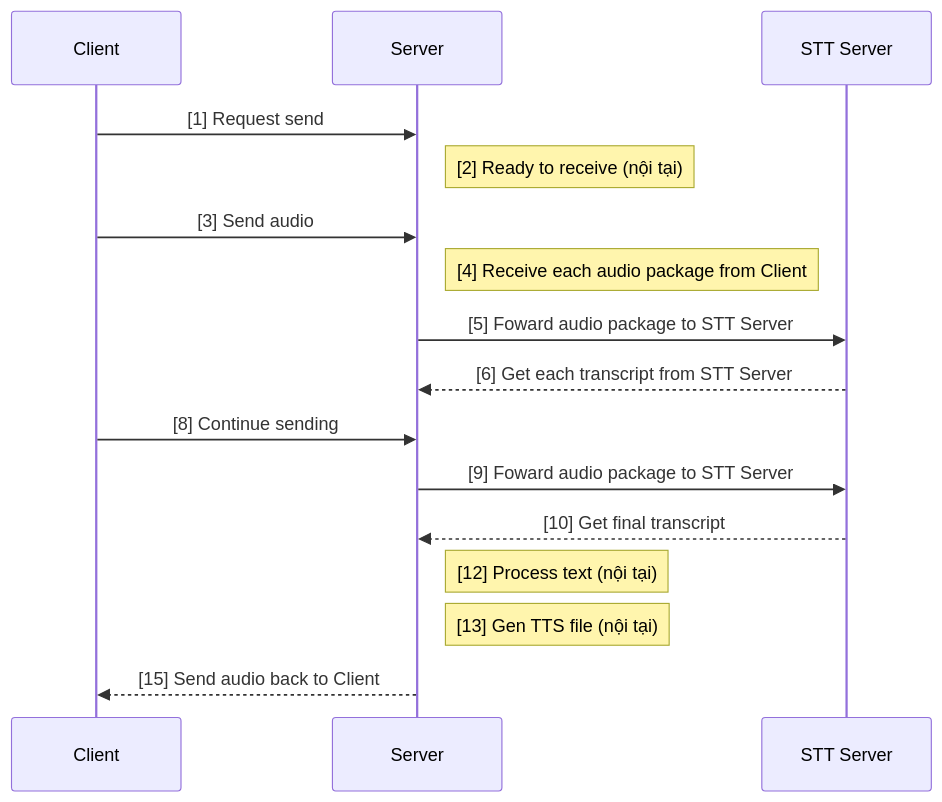
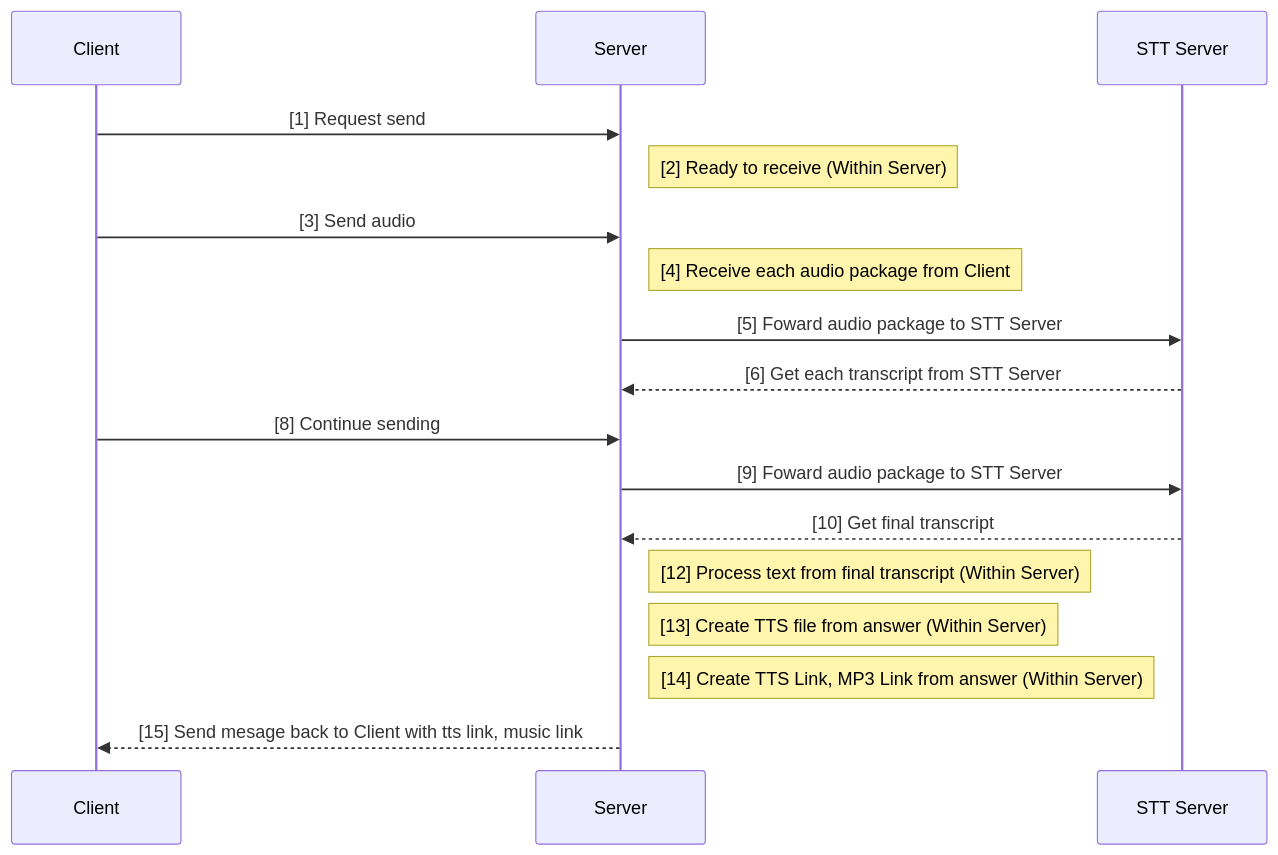
One commit to phanmemkhoinghiep/vietbot_server changed the diagram in README.md. Above: the diagram before and after it, drawn with Mermaid.

````diff
--- a/README.md
+++ b/README.md
@@ -3,24 +3,25 @@
 ```mermaid
 sequenceDiagram
     participant Client
     participant Server
     participant STTServer as STT Server
 
     Client->>Server: [1] Request send
-    Note right of Server: [2] Ready to receive (nội tại)
+    Note right of Server: [2] Ready to receive (Within Server)
 
     Client->>Server: [3] Send audio
     Note right of Server: [4] Receive each audio package from Client
     Server->>STTServer: [5] Foward audio package to STT Server
 
     STTServer-->>Server: [6] Get each transcript from STT Server
 
     Client->>Server: [8] Continue sending
     Server->>STTServer: [9] Foward audio package to STT Server
 
     STTServer-->>Server: [10] Get final transcript
-    Note right of Server: [12] Process text (nội tại)
-    Note right of Server: [13] Gen TTS file (nội tại)
+    Note right of Server: [12] Process text from final transcript (Within Server)
+    Note right of Server: [13] Create TTS file from answer (Within Server)
+    Note right of Server: [14] Create TTS Link, MP3 Link from answer (Within Server)
 
-    Server-->>Client: [15] Send audio back to Client
+    Server-->>Client: [15] Send mesage back to Client with tts link, music link
 ```
````
